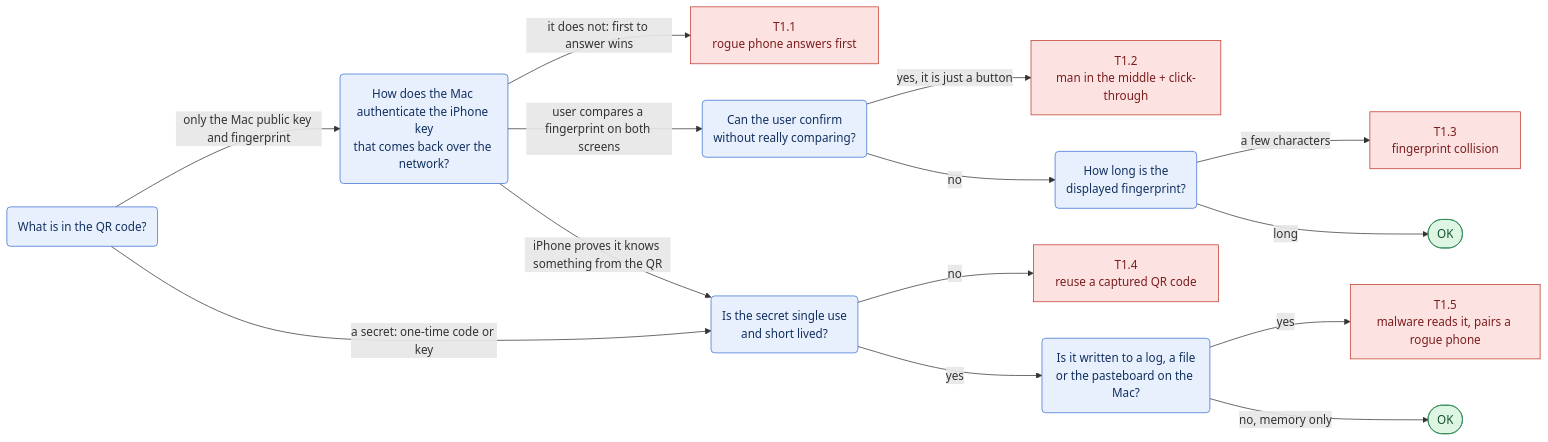
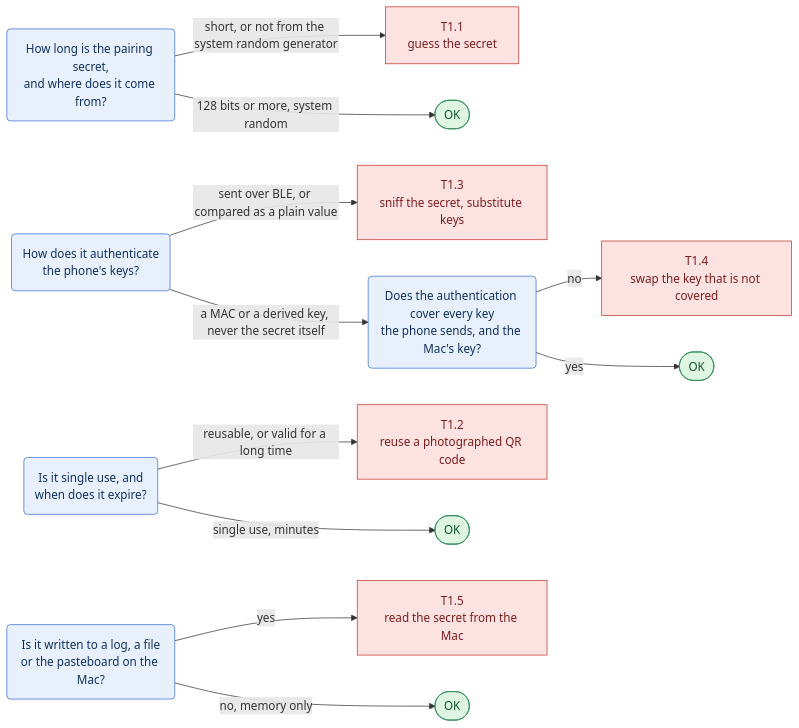
Before and after one commit to Samylay/sentry-key: the second of 17 diagrams in docs/red-team/README.md, drawn with Mermaid. The commit also changed other lines of this file and 1 other file, not shown here.

First line of the commit message:
Align red team guide with docs/ARCHITECTURE.md (prompt P-007)

````diff
--- a/docs/red-team/README.md
+++ b/docs/red-team/README.md
@@ -146,26 +198,22 @@
 ```mermaid
 flowchart LR
   classDef q fill:#e8f0fe,stroke:#3b6fd4,color:#12305f
   classDef atk fill:#fde2e2,stroke:#c0392b,color:#7b1e1e
   classDef ok fill:#dff5e3,stroke:#2e8b57,color:#14532d
   classDef note fill:#fff4d6,stroke:#b7791f,color:#5c3d00
-  q1("What is in the QR code?"):::q
-  q2("How does the Mac authenticate the iPhone key<br/>that comes back over the network?"):::q
-  q3("Can the user confirm<br/>without really comparing?"):::q
-  q4("How long is the<br/>displayed fingerprint?"):::q
-  q5("Is the secret single use<br/>and short lived?"):::q
-  q6("Is it written to a log, a file<br/>or the pasteboard on the Mac?"):::q
-  q1 -->|"only the Mac public key and fingerprint"| q2
-  q1 -->|"a secret: one-time code or key"| q5
-  q2 -->|"it does not: first to answer wins"| a1["T1.1<br/>rogue phone answers first"]:::atk
-  q2 -->|"user compares a fingerprint on both screens"| q3
-  q2 -->|"iPhone proves it knows something from the QR"| q5
-  q3 -->|"yes, it is just a button"| a2["T1.2<br/>man in the middle + click-through"]:::atk
-  q3 -->|"no"| q4
-  q4 -->|"a few characters"| a3["T1.3<br/>fingerprint collision"]:::atk
-  q4 -->|"long"| ok1(["OK"]):::ok
-  q5 -->|"no"| a4["T1.4<br/>reuse a captured QR code"]:::atk
-  q5 -->|"yes"| q6
-  q6 -->|"yes"| a5["T1.5<br/>malware reads it, pairs a rogue phone"]:::atk
-  q6 -->|"no, memory only"| ok2(["OK"]):::ok
+  q1("How long is the pairing secret,<br/>and where does it come from?"):::q
+  q2("Is it single use, and<br/>when does it expire?"):::q
+  q3("How does it authenticate<br/>the phone's keys?"):::q
+  q4("Does the authentication cover every key<br/>the phone sends, and the Mac's key?"):::q
+  q5("Is it written to a log, a file<br/>or the pasteboard on the Mac?"):::q
+  q1 -->|"short, or not from the system random generator"| a1["T1.1<br/>guess the secret"]:::atk
+  q1 -->|"128 bits or more, system random"| ok1(["OK"]):::ok
+  q2 -->|"reusable, or valid for a long time"| a2["T1.2<br/>reuse a photographed QR code"]:::atk
+  q2 -->|"single use, minutes"| ok2(["OK"]):::ok
+  q3 -->|"sent over BLE, or compared as a plain value"| a3["T1.3<br/>sniff the secret, substitute keys"]:::atk
+  q3 -->|"a MAC or a derived key, never the secret itself"| q4
+  q4 -->|"no"| a4["T1.4<br/>swap the key that is not covered"]:::atk
+  q4 -->|"yes"| ok3(["OK"]):::ok
+  q5 -->|"yes"| a5["T1.5<br/>read the secret from the Mac"]:::atk
+  q5 -->|"no, memory only"| ok4(["OK"]):::ok
 ```
````
